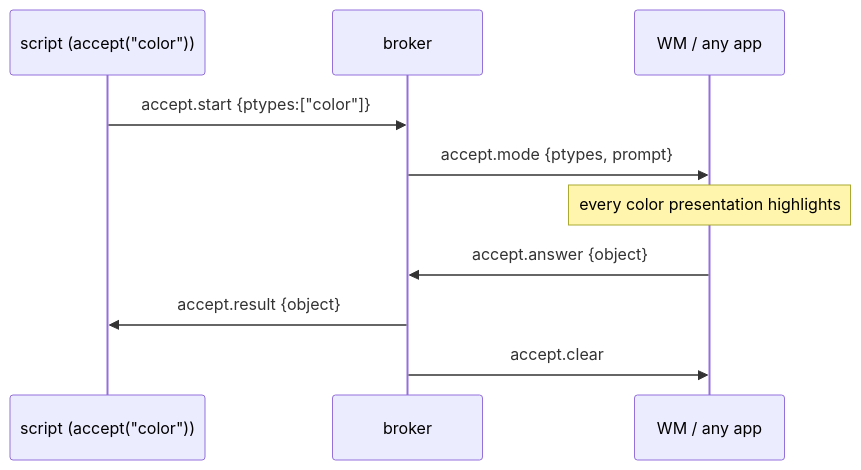
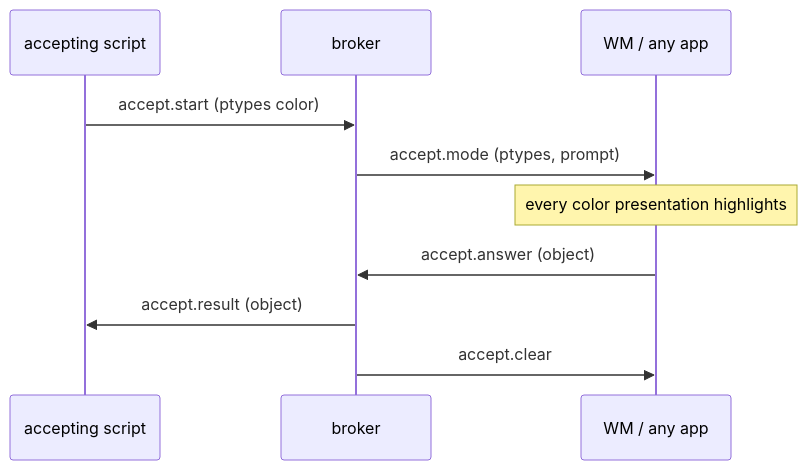
Before and after one commit to go-go-golems/go-go-wm: the first of 3 diagrams in ttmp/2026/07/19/GGWM-004-THEMES-I3--themes-paper-light-dark-and-an-i3-derived-js-config/design-doc/02-go-go-wm-from-scratch-an-intern-s-guide-to-the-system.md, drawn with Mermaid. The commit also changed other lines of this file, not shown here.

Commit message:
GGWM-004: mermaid syntax fixes in intern guide for PDF rendering

````diff
--- a/ttmp/2026/07/19/GGWM-004-THEMES-I3--themes-paper-light-dark-and-an-i3-derived-js-config/design-doc/02-go-go-wm-from-scratch-an-intern-s-guide-to-the-system.md
+++ b/ttmp/2026/07/19/GGWM-004-THEMES-I3--themes-paper-light-dark-and-an-i3-derived-js-config/design-doc/02-go-go-wm-from-scratch-an-intern-s-guide-to-the-system.md
@@ -156,12 +156,12 @@
 ```mermaid
 sequenceDiagram
-    participant S as script (accept("color"))
+    participant S as accepting script
     participant B as broker
     participant W as WM / any app
-    S->>B: accept.start {ptypes:["color"]}
-    B->>W: accept.mode {ptypes, prompt}
+    S->>B: accept.start (ptypes color)
+    B->>W: accept.mode (ptypes, prompt)
     Note over W: every color presentation highlights
-    W->>B: accept.answer {object}
-    B->>S: accept.result {object}
+    W->>B: accept.answer (object)
+    B->>S: accept.result (object)
     B->>W: accept.clear
 ```
````
